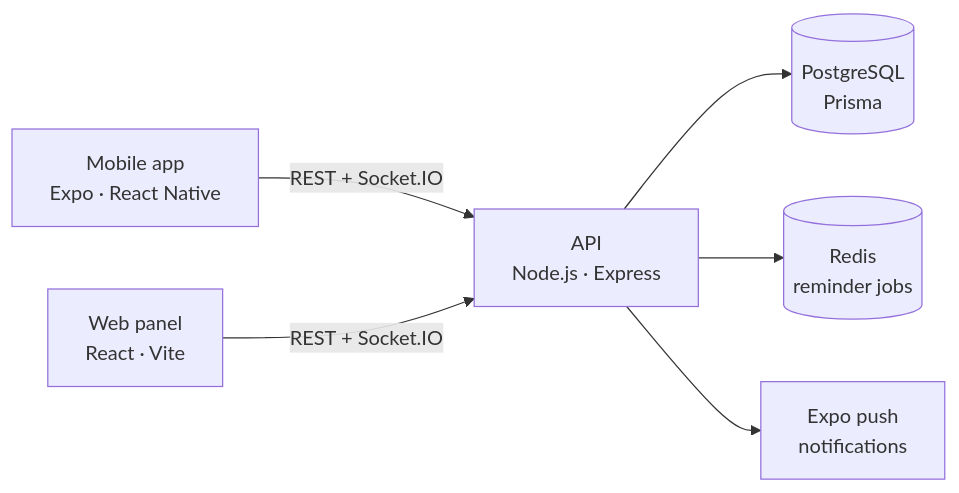
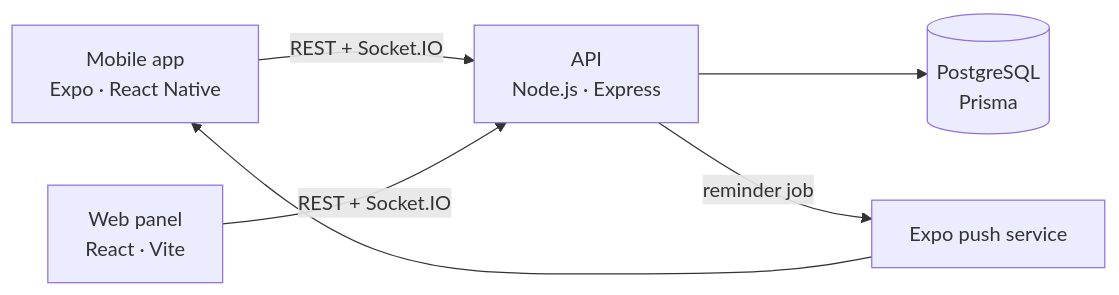
One commit to UlasUcan77/PatiReminder changed the diagram in README.md. Above: the diagram before and after it, drawn with Mermaid. The commit also changed other lines of this file and 5 other files, not shown here.

````diff
--- a/README.md
+++ b/README.md
@@ -20,8 +27,7 @@
 ```mermaid
 flowchart LR
     M[Mobile app<br/>Expo · React Native] -- REST + Socket.IO --> A[API<br/>Node.js · Express]
     W[Web panel<br/>React · Vite] -- REST + Socket.IO --> A
     A --> P[(PostgreSQL<br/>Prisma)]
-    A --> R[(Redis<br/>reminder jobs)]
-    A --> N[Expo push<br/>notifications]
+    A -- reminder job --> E[Expo push service] --> M
 ```
````
